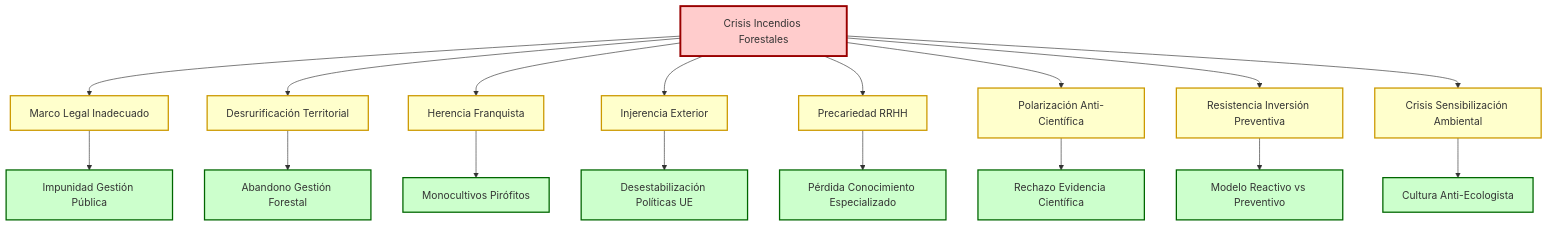
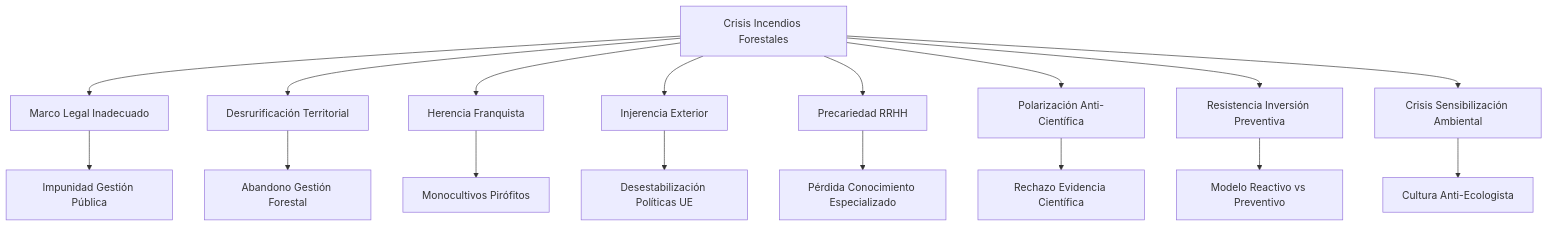
One commit to perpetuocambio/annotations changed the first of 10 diagrams in politica/medioambiente/analisis_multifactorial_incendios.md. Above: the diagram before and after it, drawn with Mermaid. The commit also changed other lines of this file, not shown here.

````diff
--- a/politica/medioambiente/analisis_multifactorial_incendios.md
+++ b/politica/medioambiente/analisis_multifactorial_incendios.md
@@ -9,28 +9,25 @@
 ```mermaid
 flowchart TD
     A[Crisis Incendios Forestales] --> B[Marco Legal Inadecuado]
     A --> C[Desrurificación Territorial]
     A --> D[Herencia Franquista]
     A --> E[Injerencia Exterior]
     A --> F[Precariedad RRHH]
     A --> G[Polarización Anti-Científica]
     A --> H[Resistencia Inversión Preventiva]
     A --> I[Crisis Sensibilización Ambiental]
     
     B --> J[Impunidad Gestión Pública]
     C --> K[Abandono Gestión Forestal]
     D --> L[Monocultivos Pirófitos]
     E --> M[Desestabilización Políticas UE]
     F --> N[Pérdida Conocimiento Especializado]
     G --> O[Rechazo Evidencia Científica]
     H --> P[Modelo Reactivo vs Preventivo]
     I --> Q[Cultura Anti-Ecologista]
     
-    classDef crisis fill:#ffcccc,stroke:#990000,stroke-width:3px
-    classDef factor fill:#ffffcc,stroke:#cc9900,stroke-width:2px
-    classDef efecto fill:#ccffcc,stroke:#006600,stroke-width:2px
     
     class A crisis
     class B,C,D,E,F,G,H,I factor
     class J,K,L,M,N,O,P,Q efecto
 ```
````
